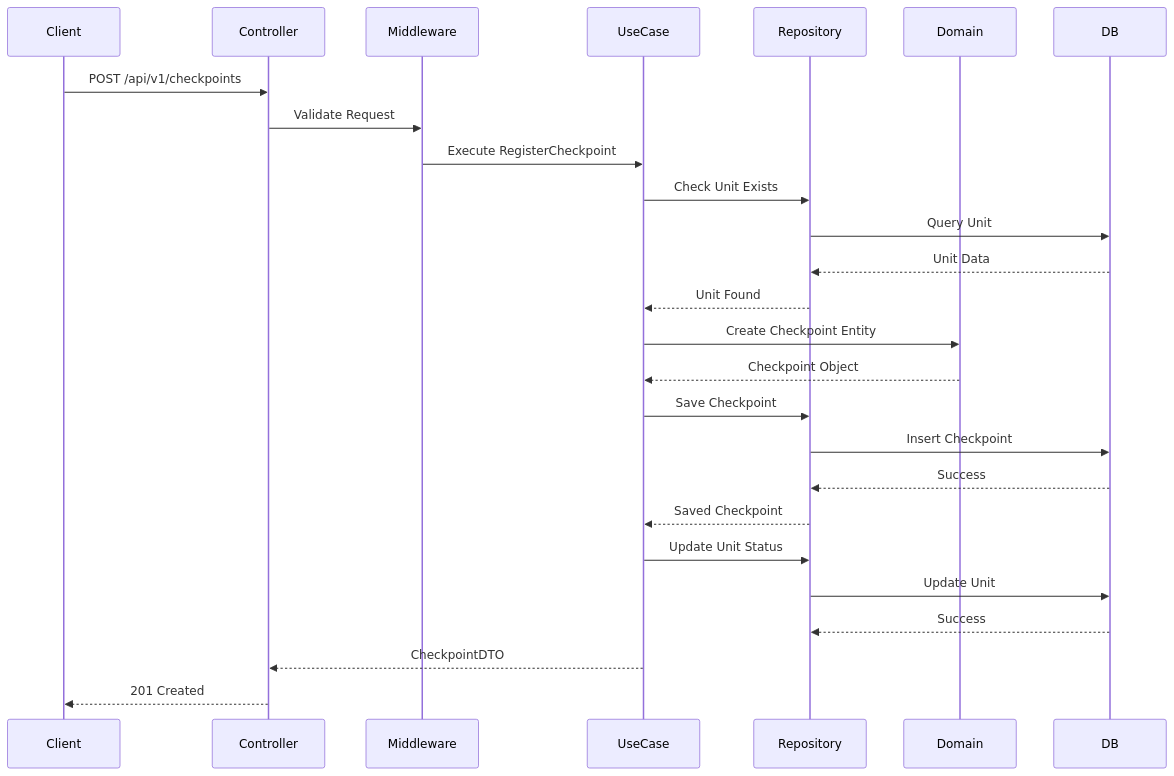
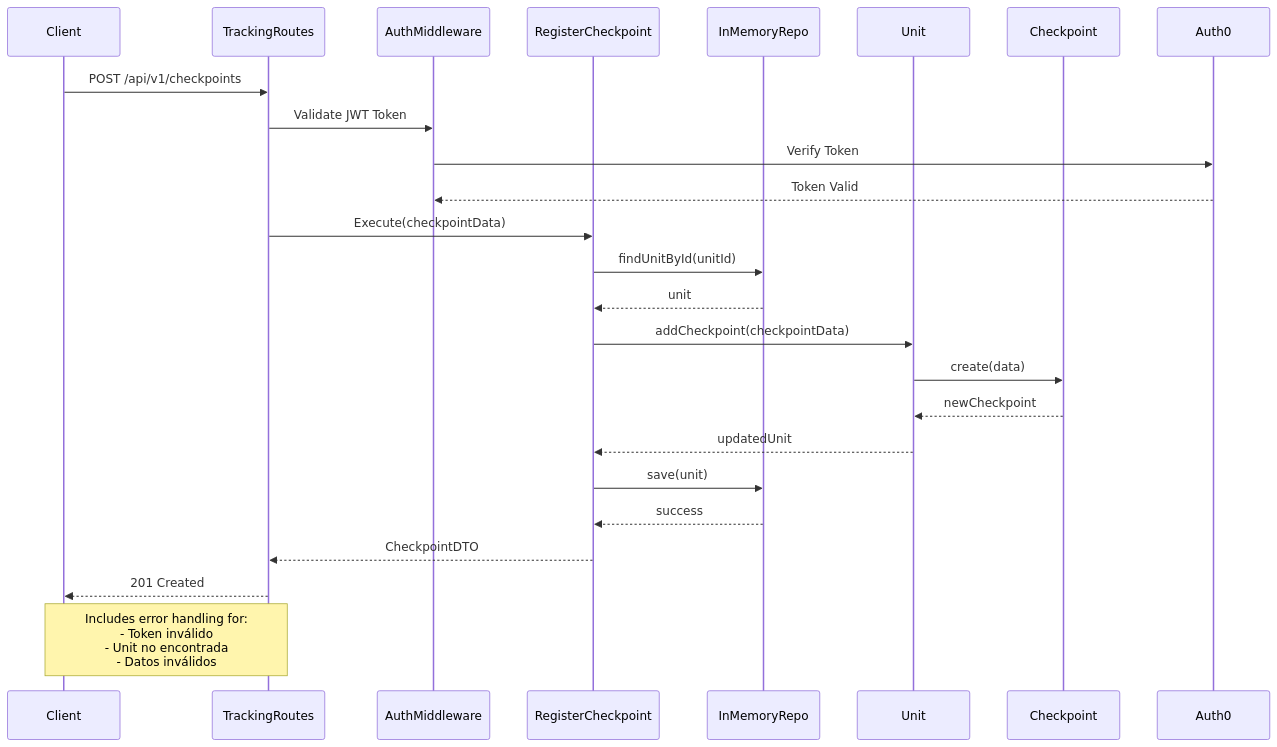
One commit to otherside9710/tracking-api changed the fourth of 4 diagrams in ARCHITECTURE.md. Above: the diagram before and after it, drawn with Mermaid. The commit also changed other lines of this file, not shown here.

Commit message:
docs: update architecture md

````diff
--- a/ARCHITECTURE.md
+++ b/ARCHITECTURE.md
@@ -89,29 +130,32 @@
 ```mermaid
 sequenceDiagram
     participant Client
-    participant Controller
-    participant Middleware
-    participant UseCase
-    participant Repository
-    participant Domain
-    participant DB
+    participant TrackingRoutes
+    participant AuthMiddleware
+    participant RegisterCheckpoint
+    participant InMemoryRepo
+    participant Unit
+    participant Checkpoint
     
-    Client->>Controller: POST /api/v1/checkpoints
-    Controller->>Middleware: Validate Request
-    Middleware->>UseCase: Execute RegisterCheckpoint
-    UseCase->>Repository: Check Unit Exists
-    Repository->>DB: Query Unit
-    DB-->>Repository: Unit Data
-    Repository-->>UseCase: Unit Found
-    UseCase->>Domain: Create Checkpoint Entity
-    Domain-->>UseCase: Checkpoint Object
-    UseCase->>Repository: Save Checkpoint
-    Repository->>DB: Insert Checkpoint
-    DB-->>Repository: Success
-    Repository-->>UseCase: Saved Checkpoint
-    UseCase->>Repository: Update Unit Status
-    Repository->>DB: Update Unit
-    DB-->>Repository: Success
-    UseCase-->>Controller: CheckpointDTO
-    Controller-->>Client: 201 Created
+    Client->>TrackingRoutes: POST /api/v1/checkpoints
+    TrackingRoutes->>AuthMiddleware: Validate JWT Token
+    AuthMiddleware->>Auth0: Verify Token
+    Auth0-->>AuthMiddleware: Token Valid
+    
+    TrackingRoutes->>RegisterCheckpoint: Execute(checkpointData)
+    RegisterCheckpoint->>InMemoryRepo: findUnitById(unitId)
+    InMemoryRepo-->>RegisterCheckpoint: unit
+    
+    RegisterCheckpoint->>Unit: addCheckpoint(checkpointData)
+    Unit->>Checkpoint: create(data)
+    Checkpoint-->>Unit: newCheckpoint
+    Unit-->>RegisterCheckpoint: updatedUnit
+    
+    RegisterCheckpoint->>InMemoryRepo: save(unit)
+    InMemoryRepo-->>RegisterCheckpoint: success
+    
+    RegisterCheckpoint-->>TrackingRoutes: CheckpointDTO
+    TrackingRoutes-->>Client: 201 Created
+    
+    Note over Client,TrackingRoutes: Includes error handling for:<br/>- Token inválido<br/>- Unit no encontrada<br/>- Datos inválidos
 ```
````
